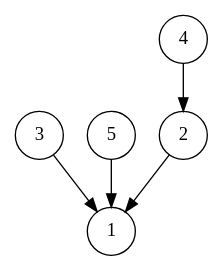
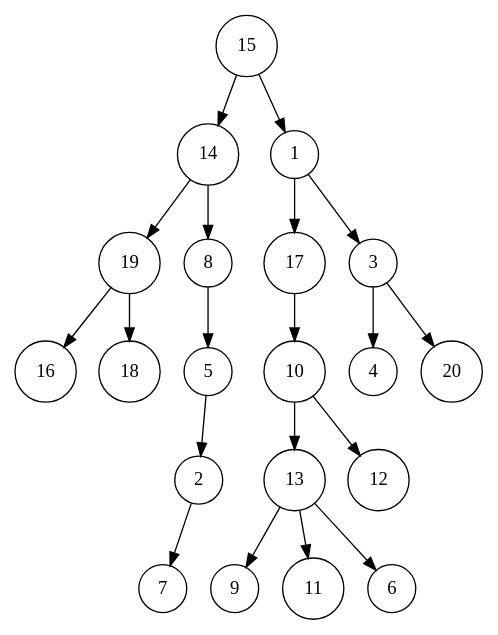
The diagram in zibi.dot (AndrewWayne/OI_Learning), drawn with Graphviz before and after one commit. The commit also changed 21 other files, not shown here.

```diff
--- a/zibi.dot
+++ b/zibi.dot
@@ -1,7 +1,22 @@
 digraph first{
     node[shape = circle]
-    2 -> 1
-    3 -> 1
-    4 -> 2
-    5 -> 1
+    13 -> 9
+    19 -> 16
+    2 -> 7
+    14 -> 19
+    15 -> 14
+    14 -> 8
+    10 -> 12
+    19 -> 18
+    17 -> 10
+    13 -> 11
+    1 -> 3
+    15 -> 1
+    10 -> 13
+    8 -> 5
+    1 -> 17
+    5 -> 2
+    13 -> 6
+    3 -> 4
+    3 -> 20
 }
```
